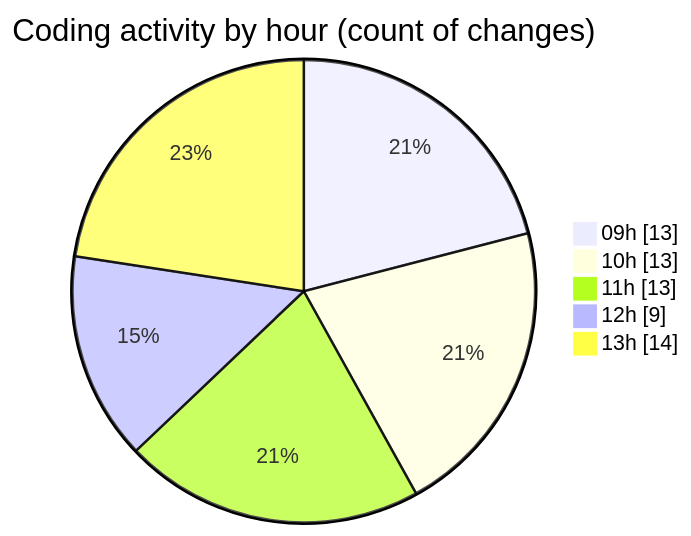
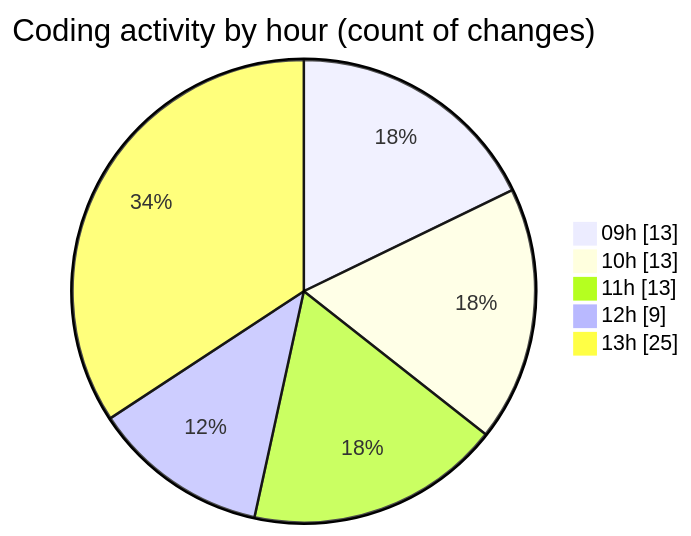
Before and after one commit to momahboobian/code-tracking: the second of 2 diagrams in 2025-09-23/cda/README.md, drawn with Mermaid. The commit also changed other lines of this file and 1 other file, not shown here.

````diff
--- a/2025-09-23/cda/README.md
+++ b/2025-09-23/cda/README.md
@@ -42,9 +42,9 @@
 ```mermaid
 pie showData
 title Coding activity by hour (count of changes)
 "09h" : 13
 "10h" : 13
 "11h" : 13
 "12h" : 9
-"13h" : 14
+"13h" : 25
 ```
````
